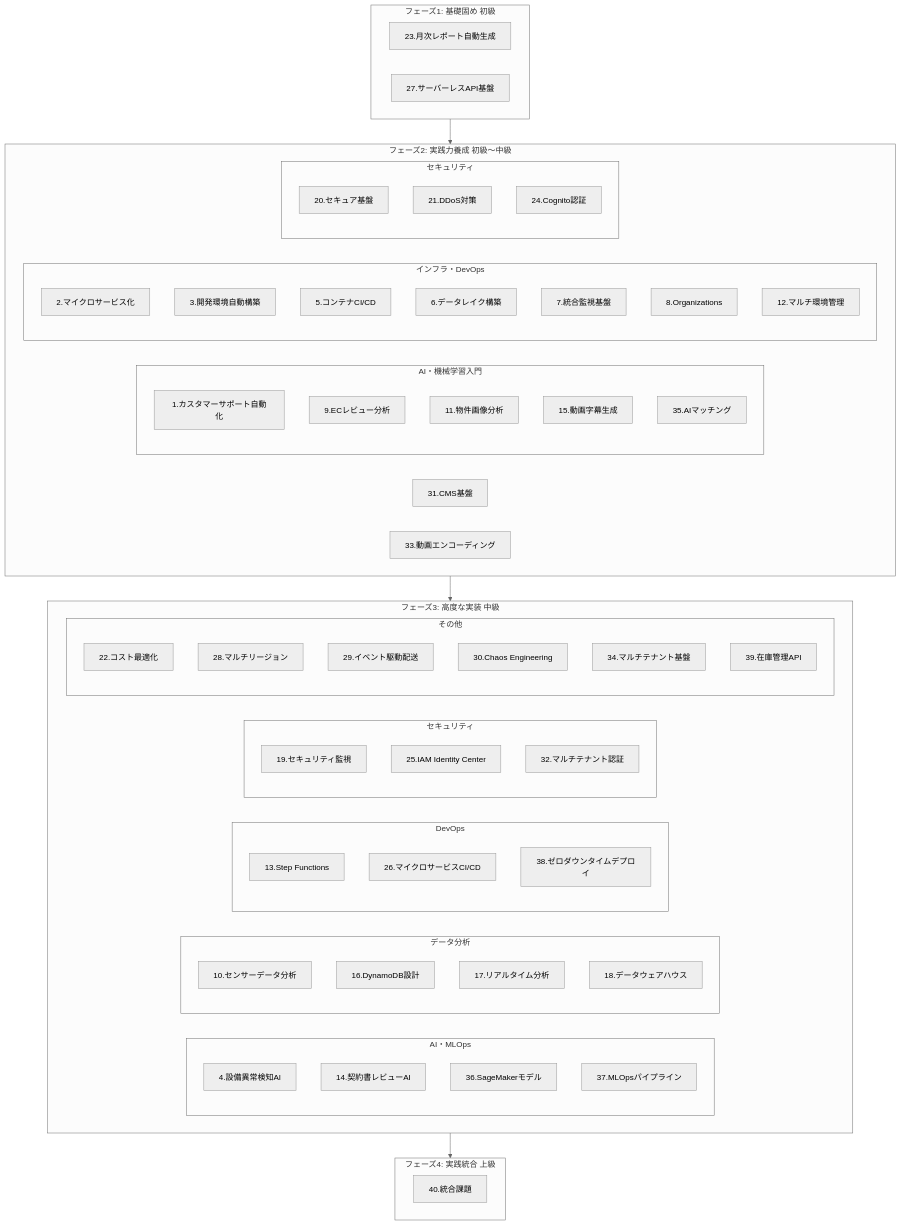
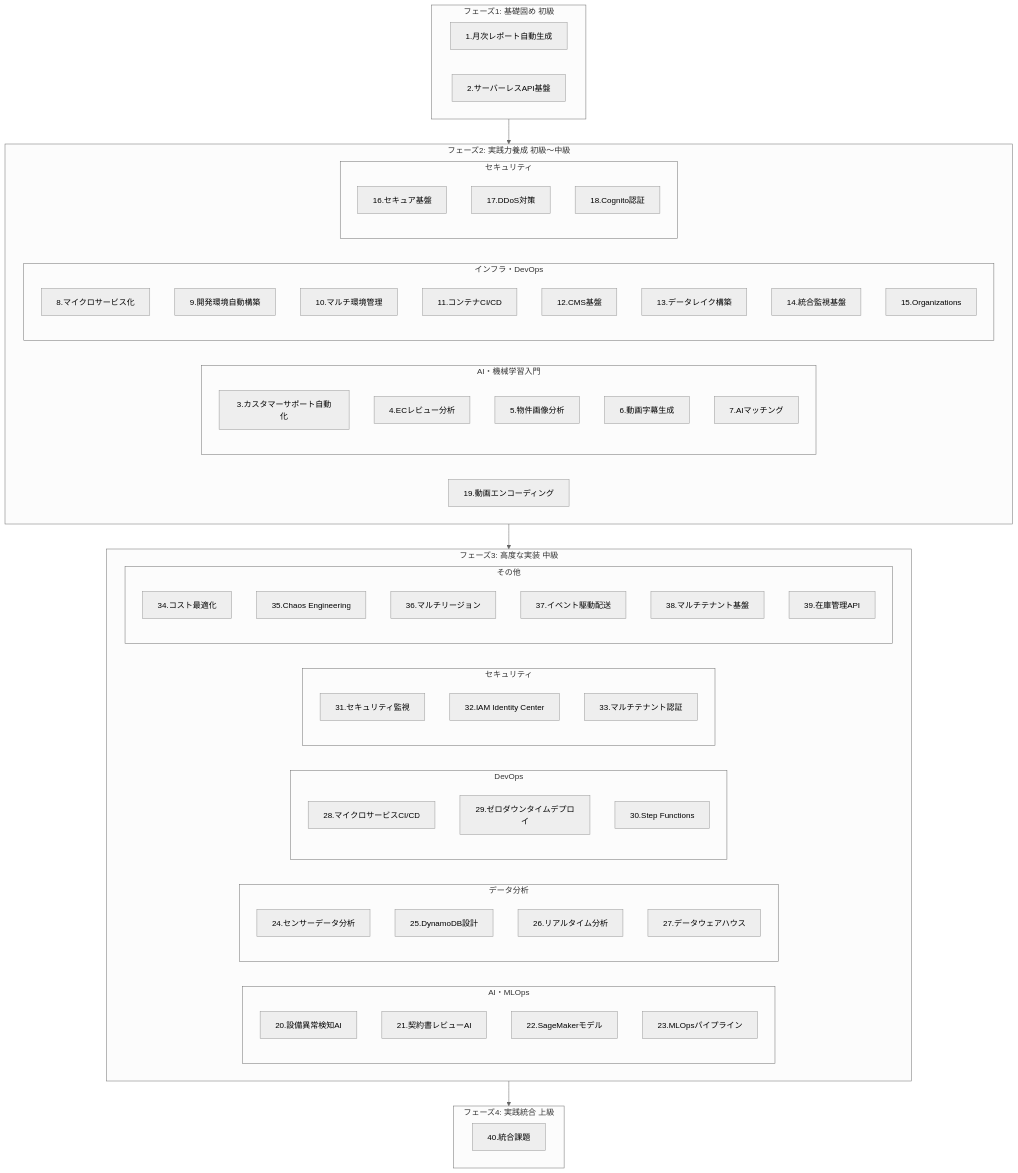
One commit to yuta-ishii-cm/aws-practice changed the diagram in exercises/ROADMAP.md. Above: the diagram before and after it, drawn with Mermaid (neutral theme). The commit also changed other lines of this file and 38 other files, not shown here.

````diff
--- a/exercises/ROADMAP.md
+++ b/exercises/ROADMAP.md
@@ -164,74 +164,74 @@
 ```mermaid
 flowchart TB
     subgraph phase1[フェーズ1: 基礎固め 初級]
-        p1_23[23.月次レポート自動生成]
-        p1_27[27.サーバーレスAPI基盤]
+        p1_1[1.月次レポート自動生成]
+        p1_2[2.サーバーレスAPI基盤]
     end
 
     subgraph phase2[フェーズ2: 実践力養成 初級〜中級]
         subgraph p2_ai[AI・機械学習入門]
-            p2_1[1.カスタマーサポート自動化]
-            p2_9[9.ECレビュー分析]
-            p2_11[11.物件画像分析]
-            p2_15[15.動画字幕生成]
-            p2_35[35.AIマッチング]
+            p2_3[3.カスタマーサポート自動化]
+            p2_4[4.ECレビュー分析]
+            p2_5[5.物件画像分析]
+            p2_6[6.動画字幕生成]
+            p2_7[7.AIマッチング]
         end
         subgraph p2_infra[インフラ・DevOps]
-            p2_2[2.マイクロサービス化]
-            p2_3[3.開発環境自動構築]
-            p2_5[5.コンテナCI/CD]
-            p2_6[6.データレイク構築]
-            p2_7[7.統合監視基盤]
-            p2_8[8.Organizations]
-            p2_12[12.マルチ環境管理]
+            p2_8[8.マイクロサービス化]
+            p2_9[9.開発環境自動構築]
+            p2_10[10.マルチ環境管理]
+            p2_11[11.コンテナCI/CD]
+            p2_12[12.CMS基盤]
+            p2_13[13.データレイク構築]
+            p2_14[14.統合監視基盤]
+            p2_15[15.Organizations]
         end
         subgraph p2_security[セキュリティ]
-            p2_20[20.セキュア基盤]
-            p2_21[21.DDoS対策]
-            p2_24[24.Cognito認証]
+            p2_16[16.セキュア基盤]
+            p2_17[17.DDoS対策]
+            p2_18[18.Cognito認証]
         end
-        p2_31[31.CMS基盤]
-        p2_33[33.動画エンコーディング]
+        p2_19[19.動画エンコーディング]
     end
 
     subgraph phase3[フェーズ3: 高度な実装 中級]
         subgraph p3_ml[AI・MLOps]
-            p3_4[4.設備異常検知AI]
-            p3_14[14.契約書レビューAI]
-            p3_36[36.SageMakerモデル]
-            p3_37[37.MLOpsパイプライン]
+            p3_20[20.設備異常検知AI]
+            p3_21[21.契約書レビューAI]
+            p3_22[22.SageMakerモデル]
+            p3_23[23.MLOpsパイプライン]
         end
         subgraph p3_data[データ分析]
-            p3_10[10.センサーデータ分析]
-            p3_16[16.DynamoDB設計]
-            p3_17[17.リアルタイム分析]
-            p3_18[18.データウェアハウス]
+            p3_24[24.センサーデータ分析]
+            p3_25[25.DynamoDB設計]
+            p3_26[26.リアルタイム分析]
+            p3_27[27.データウェアハウス]
         end
         subgraph p3_devops[DevOps]
-            p3_13[13.Step Functions]
-            p3_26[26.マイクロサービスCI/CD]
-            p3_38[38.ゼロダウンタイムデプロイ]
+            p3_28[28.マイクロサービスCI/CD]
+            p3_29[29.ゼロダウンタイムデプロイ]
+            p3_30[30.Step Functions]
         end
         subgraph p3_security[セキュリティ]
-            p3_19[19.セキュリティ監視]
-            p3_25[25.IAM Identity Center]
-            p3_32[32.マルチテナント認証]
+            p3_31[31.セキュリティ監視]
+            p3_32[32.IAM Identity Center]
+            p3_33[33.マルチテナント認証]
         end
         subgraph p3_other[その他]
-            p3_22[22.コスト最適化]
-            p3_28[28.マルチリージョン]
-            p3_29[29.イベント駆動配送]
-            p3_30[30.Chaos Engineering]
-            p3_34[34.マルチテナント基盤]
+            p3_34[34.コスト最適化]
+            p3_35[35.Chaos Engineering]
+            p3_36[36.マルチリージョン]
+            p3_37[37.イベント駆動配送]
+            p3_38[38.マルチテナント基盤]
             p3_39[39.在庫管理API]
         end
     end
 
     subgraph phase4[フェーズ4: 実践統合 上級]
         p4_40[40.統合課題]
     end
 
     phase1 --> phase2
     phase2 --> phase3
     phase3 --> phase4
 ```
````
